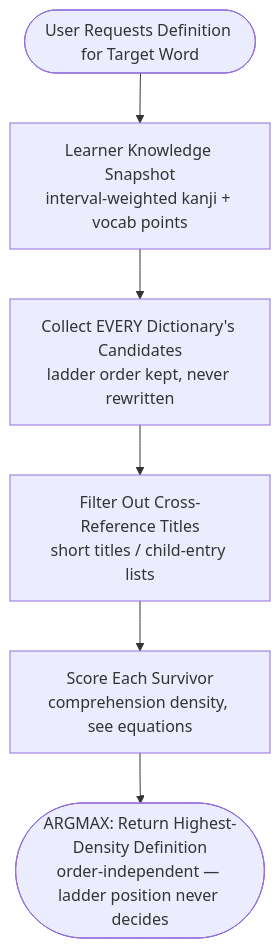
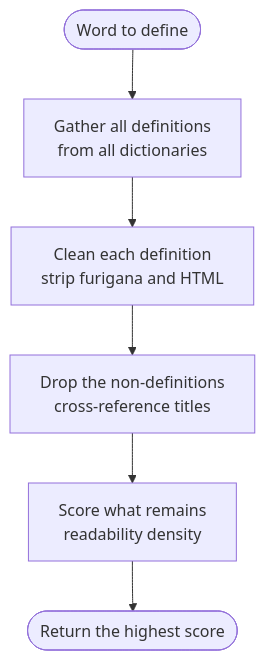
The diagram in WIKI.md (mansourvery-hub/CompreDef), drawn with Mermaid before and after one commit. The commit also changed other lines of this file and 3 other files, not shown here.

````diff
--- a/WIKI.md
+++ b/WIKI.md
@@ -14,8 +24,8 @@
 ```mermaid
 flowchart TD
-    Start([User Requests Definition for Target Word]) --> Snapshot[Learner Knowledge Snapshot<br>interval-weighted kanji + vocab points]
-    Snapshot --> Collect[Collect EVERY Dictionary's Candidates<br>ladder order kept, never rewritten]
-    Collect --> FilterRefs[Filter Out Cross-Reference Titles<br>short titles / child-entry lists]
-    FilterRefs --> ScoreDefs[Score Each Survivor<br>comprehension density, see equations]
-    ScoreDefs --> ArgMax([ARGMAX: Return Highest-Density Definition<br>order-independent — ladder position never decides])
+    Start([Word to define]) --> Gather[Gather all definitions<br>from all dictionaries]
+    Gather --> Clean[Clean each definition<br>strip furigana and HTML]
+    Clean --> Drop[Drop the non-definitions<br>cross-reference titles]
+    Drop --> Score[Score what remains<br>readability density]
+    Score --> Win([Return the highest score])
 ```
````
